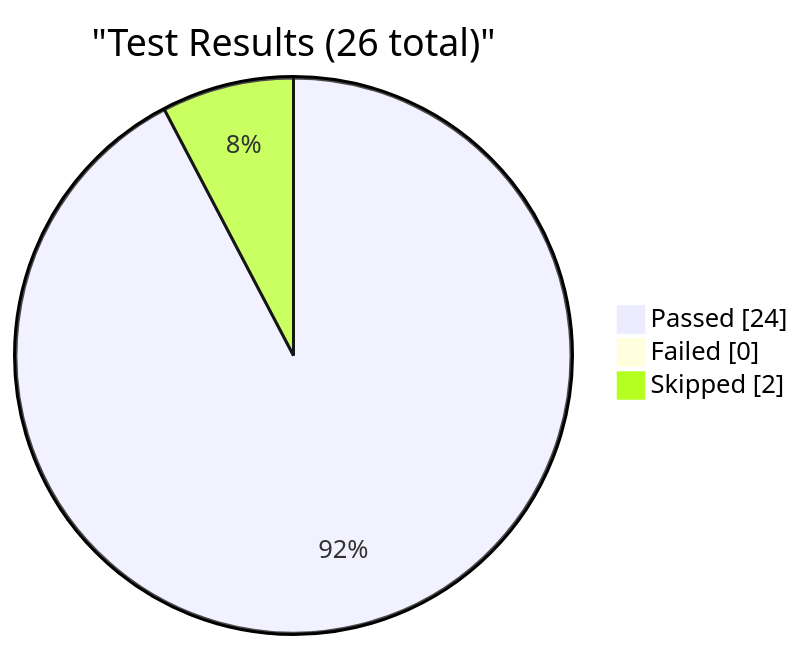
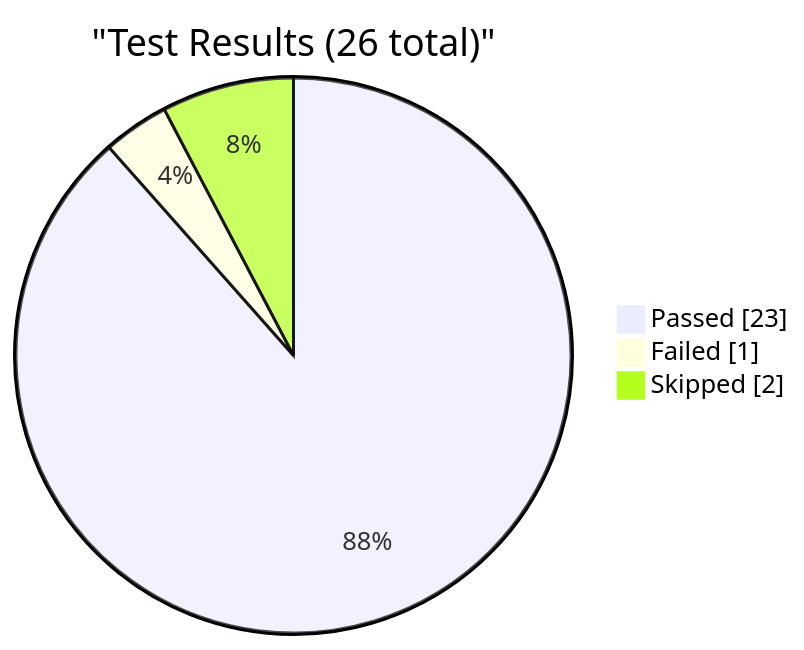
The first of 3 diagrams in reports/dashboard.md (EliteaAI/onetest-ai-tm-Elitea), drawn with Mermaid before and after one commit. The commit also changed other lines of this file and 1 other file, not shown here.

Commit message:
dashboard: update test metrics for RUN-ELITEA-2026-09-11-122-DEV-STABLE-SMOKE-ARTIFACTS-SCHEDULED-FAILED

````diff
--- a/reports/dashboard.md
+++ b/reports/dashboard.md
@@ -9,7 +9,7 @@
 ```mermaid
 pie showData
     title "Test Results (26 total)"
-    "Passed" : 24
-    "Failed" : 0
+    "Passed" : 23
+    "Failed" : 1
     "Skipped" : 2
 ```
````
